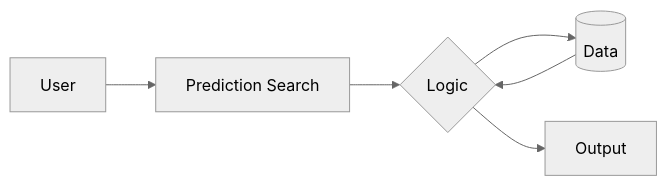
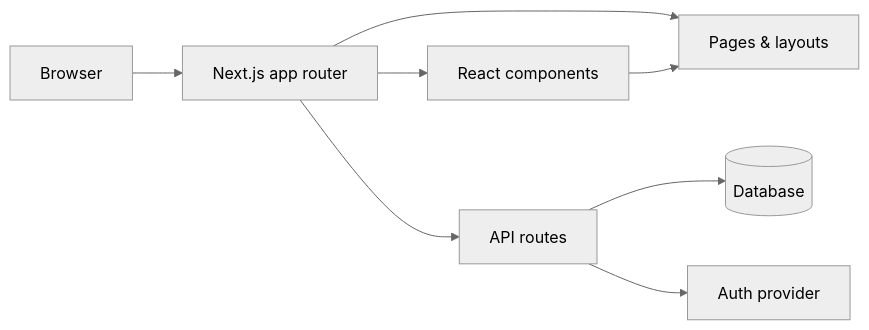
Before and after one commit to ALPHAMAN-0/prediction-search: the diagram in README.md, drawn with Mermaid (neutral theme).

Commit message:
docs: replace generic architecture diagram with real one

````diff
--- a/README.md
+++ b/README.md
@@ -7,8 +7,10 @@
 ```mermaid
 flowchart LR
-    A[User] --> B[Prediction Search]
-    B --> C{Logic}
-    C --> D[(Data)]
-    C --> E[Output]
-    D --> C
+    Browser --> Next[Next.js app router]
+    Next --> Pages[Pages & layouts]
+    Next --> Components[React components]
+    Next --> API[API routes]
+    API --> DB[(Database)]
+    API --> Auth[Auth provider]
+    Components --> Pages
 ```
````
